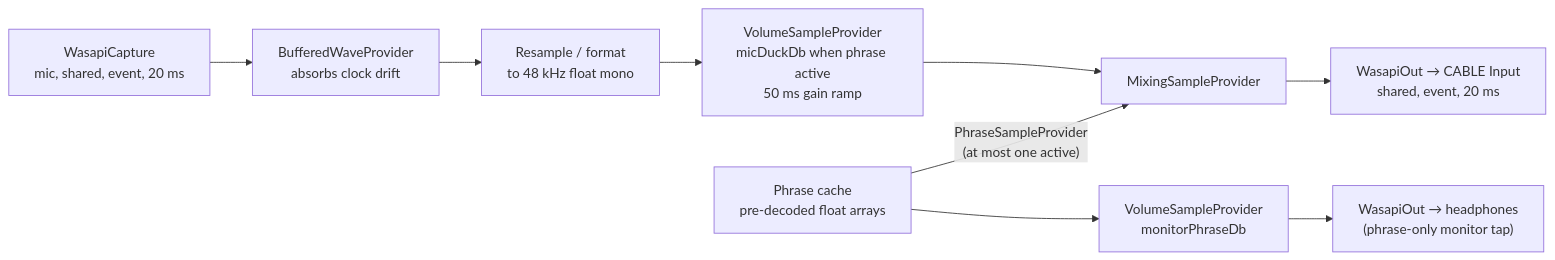
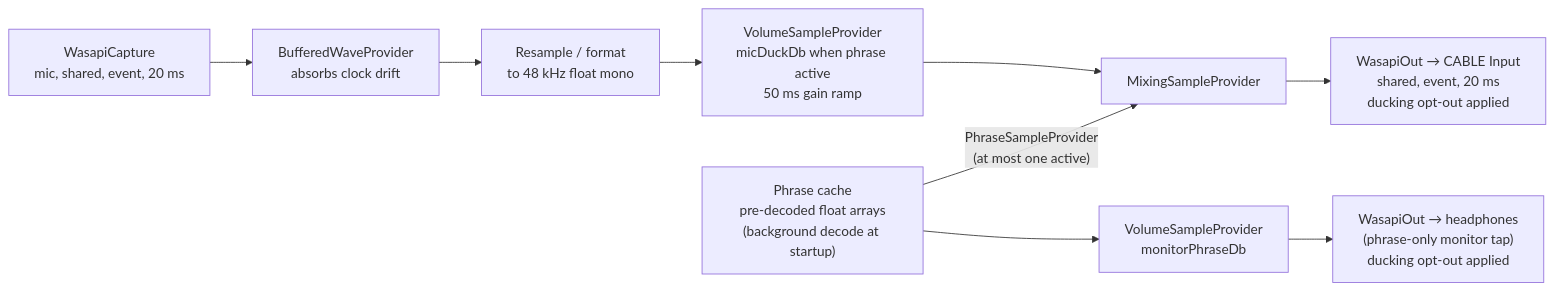
Before and after one commit to olehserv/ada-voice: the first of 3 diagrams in docs/design/06-audio-engine.md, drawn with Mermaid. The commit also changed other lines of this file and 9 other files, not shown here.

````diff
--- a/docs/design/06-audio-engine.md
+++ b/docs/design/06-audio-engine.md
@@ -8,11 +8,11 @@
 ```mermaid
 flowchart LR
     CAP["WasapiCapture<br/>mic, shared, event, 20 ms"] --> BUF["BufferedWaveProvider<br/>absorbs clock drift"]
     BUF --> FMT["Resample / format<br/>to 48 kHz float mono"]
     FMT --> DUCK["VolumeSampleProvider<br/>micDuckDb when phrase active<br/>50 ms gain ramp"]
     DUCK --> MIX["MixingSampleProvider"]
-    PC["Phrase cache<br/>pre-decoded float arrays"] -->|"PhraseSampleProvider<br/>(at most one active)"| MIX
-    MIX --> OUT1["WasapiOut → CABLE Input<br/>shared, event, 20 ms"]
+    PC["Phrase cache<br/>pre-decoded float arrays<br/>(background decode at startup)"] -->|"PhraseSampleProvider<br/>(at most one active)"| MIX
+    MIX --> OUT1["WasapiOut → CABLE Input<br/>shared, event, 20 ms<br/>ducking opt-out applied"]
     PC --> MONG["VolumeSampleProvider<br/>monitorPhraseDb"]
-    MONG --> OUT2["WasapiOut → headphones<br/>(phrase-only monitor tap)"]
+    MONG --> OUT2["WasapiOut → headphones<br/>(phrase-only monitor tap)<br/>ducking opt-out applied"]
 ```
````
